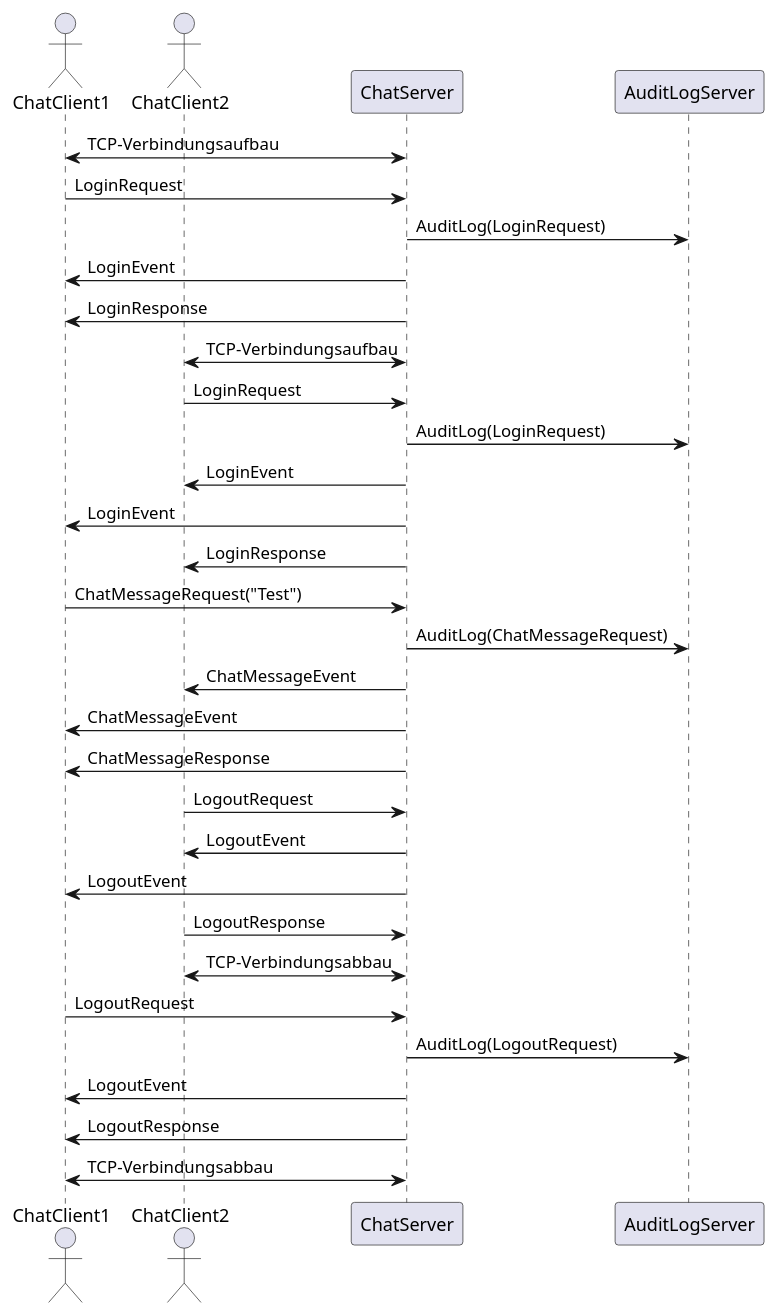
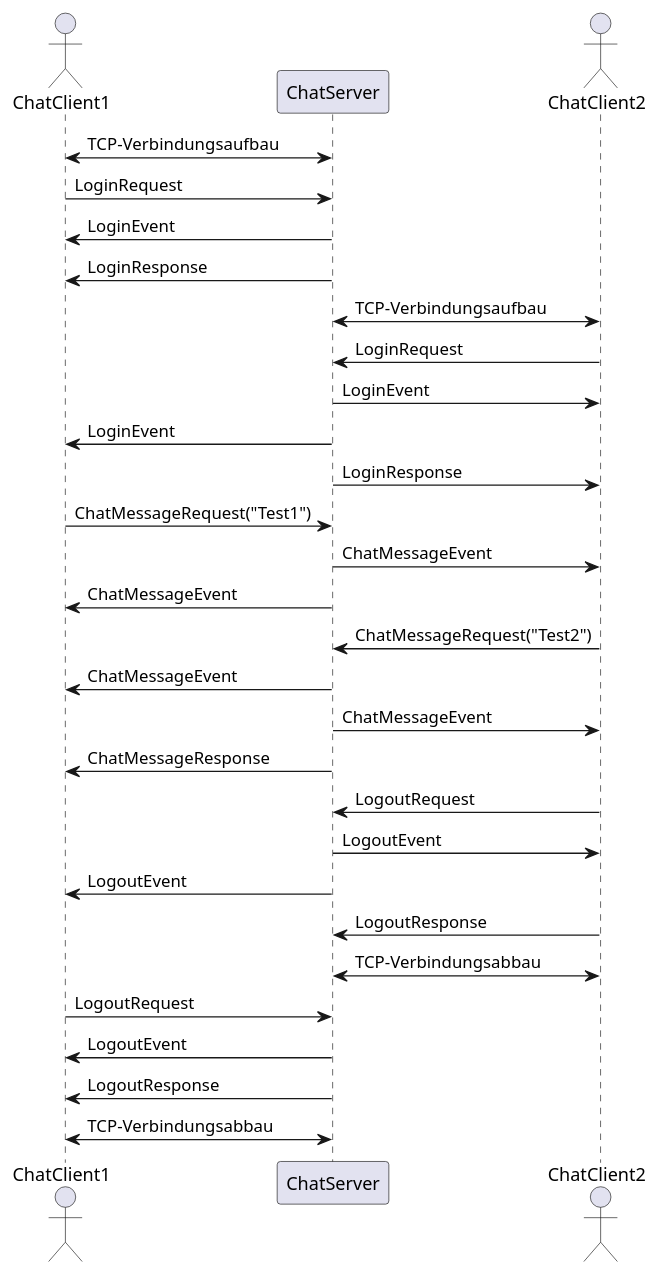
Before and after one commit to ChabbaY/HM_WiSe2223_Dako-Chat-Lerngruppe: the diagram in uml/plantUML/Seqenzdiagramm.puml, drawn with PlantUML.

Commit message:
Sequenzdiagramm ohne AuditLogServer

```diff
--- a/uml/plantUML/Seqenzdiagramm.puml
+++ b/uml/plantUML/Seqenzdiagramm.puml
@@ -1,34 +1,34 @@
 @startuml
 
 actor ChatClient1
+participant ChatServer
 actor ChatClient2
 ChatClient1 <-> ChatServer: TCP-Verbindungsaufbau
 ChatClient1 -> ChatServer: LoginRequest
-ChatServer -> AuditLogServer: AuditLog(LoginRequest)
 ChatServer -> ChatClient1: LoginEvent
 ChatServer -> ChatClient1: LoginResponse
 ChatServer <-> ChatClient2: TCP-Verbindungsaufbau
 ChatServer <- ChatClient2: LoginRequest
-ChatServer -> AuditLogServer: AuditLog(LoginRequest)
 ChatServer -> ChatClient2: LoginEvent
 ChatServer -> ChatClient1: LoginEvent
 ChatServer -> ChatClient2: LoginResponse
-ChatServer <- ChatClient1: ChatMessageRequest("Test")
-ChatServer -> AuditLogServer: AuditLog(ChatMessageRequest)
+ChatServer <- ChatClient1: ChatMessageRequest("Test1")
 ChatServer -> ChatClient2: ChatMessageEvent
 ChatServer -> ChatClient1: ChatMessageEvent
+ChatServer <- ChatClient2: ChatMessageRequest("Test2")
+ChatServer -> ChatClient1: ChatMessageEvent
+ChatServer -> ChatClient2: ChatMessageEvent
 ChatServer -> ChatClient1: ChatMessageResponse
 ChatServer <- ChatClient2: LogoutRequest
 ChatServer -> ChatClient2: LogoutEvent
 ChatServer -> ChatClient1: LogoutEvent
 ChatServer <- ChatClient2: LogoutResponse
 ChatServer <-> ChatClient2: TCP-Verbindungsabbau
 ChatServer <- ChatClient1: LogoutRequest
-ChatServer -> AuditLogServer: AuditLog(LogoutRequest)
 ChatServer -> ChatClient1: LogoutEvent
 ChatServer -> ChatClient1: LogoutResponse
 ChatServer <-> ChatClient1: TCP-Verbindungsabbau
 
 
 
 @enduml
```
